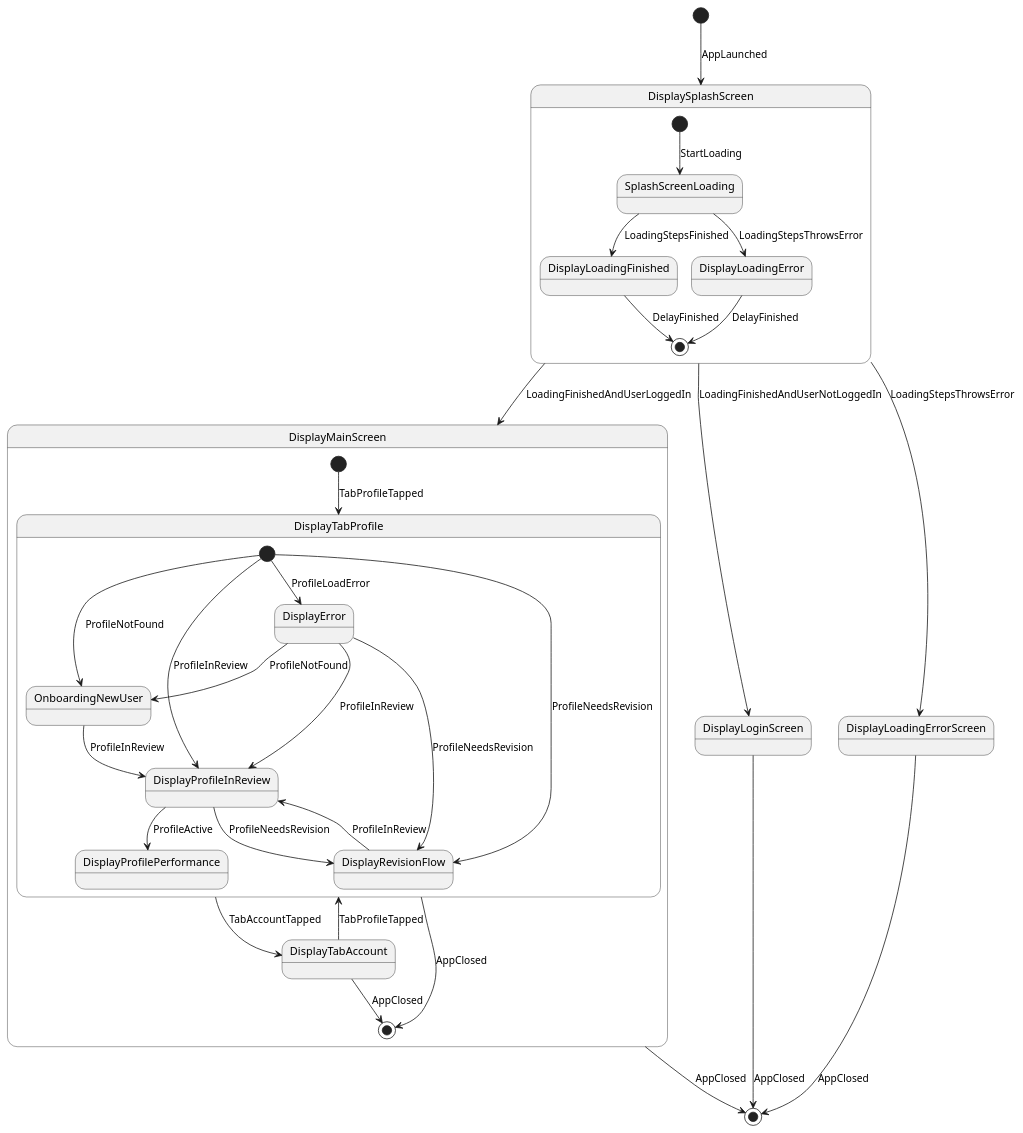
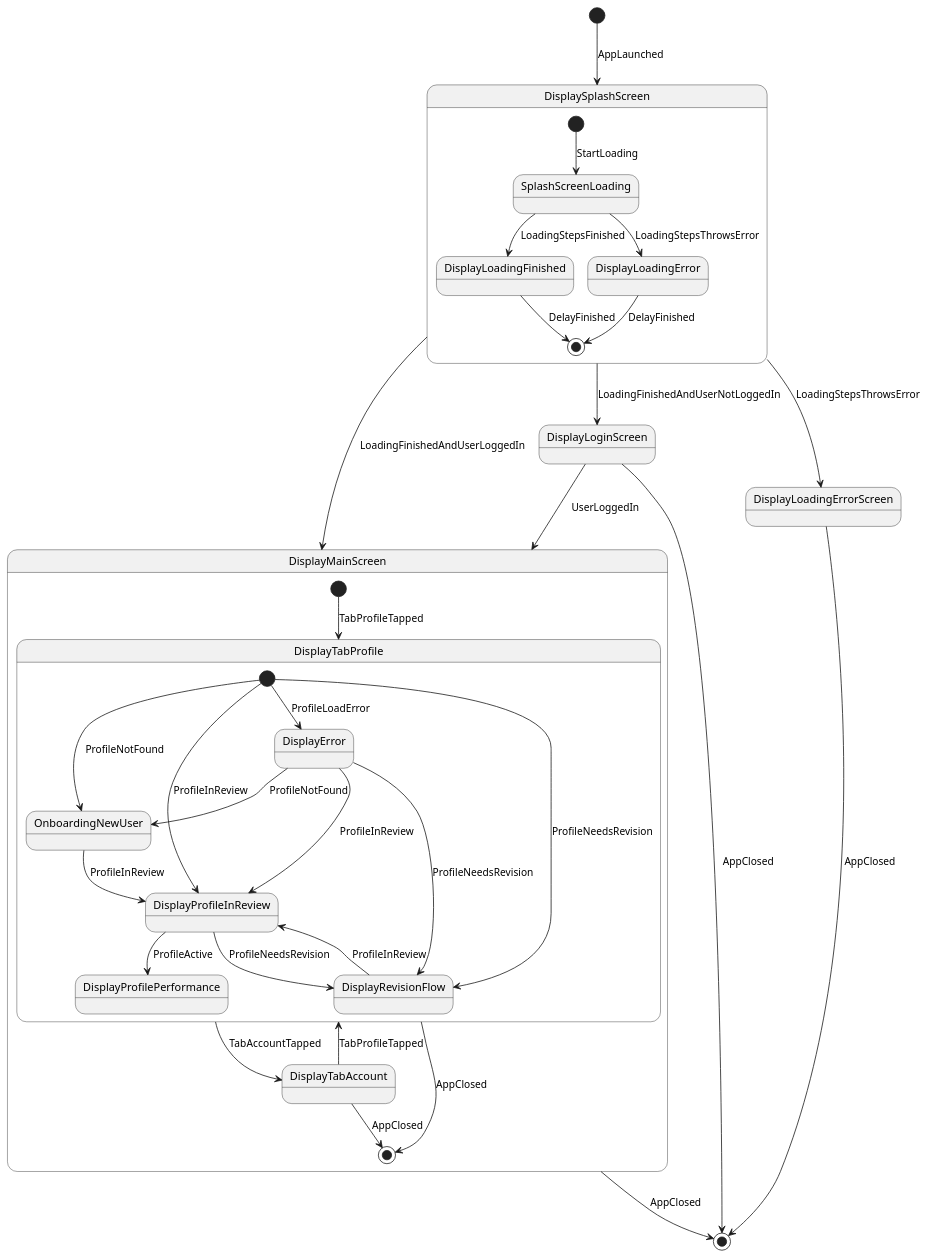
The diagram in flutter_solid/lib/features/spash_screen/app_states/app_state_machine.plantuml (irwansyahwii/flutter-solid-dependency-injection), drawn with PlantUML before and after one commit.

Commit message:
feat: add more actions in state diagram

```diff
--- a/flutter_solid/lib/features/spash_screen/app_states/app_state_machine.plantuml
+++ b/flutter_solid/lib/features/spash_screen/app_states/app_state_machine.plantuml
@@ -1,53 +1,56 @@
 @startuml
 
 [*] --> DisplaySplashScreen : AppLaunched
 
 DisplaySplashScreen --> DisplayMainScreen : LoadingFinishedAndUserLoggedIn
 DisplaySplashScreen --> DisplayLoginScreen : LoadingFinishedAndUserNotLoggedIn
 DisplaySplashScreen --> DisplayLoadingErrorScreen: LoadingStepsThrowsError
 
 DisplayMainScreen --> [*] : AppClosed
+
 DisplayLoginScreen --> [*] : AppClosed
+DisplayLoginScreen --> DisplayMainScreen : UserLoggedIn
+
 DisplayLoadingErrorScreen --> [*] : AppClosed
 
 state DisplaySplashScreen {
   [*] --> SplashScreenLoading : StartLoading
 
   SplashScreenLoading --> DisplayLoadingFinished : LoadingStepsFinished
   SplashScreenLoading --> DisplayLoadingError : LoadingStepsThrowsError
 
   DisplayLoadingFinished --> [*] : DelayFinished
   DisplayLoadingError --> [*] : DelayFinished
 }
 
 state DisplayMainScreen {
   [*] --> DisplayTabProfile : TabProfileTapped
 
   DisplayTabProfile --> DisplayTabAccount : TabAccountTapped
   DisplayTabProfile --> [*] : AppClosed
 
   DisplayTabAccount --> DisplayTabProfile : TabProfileTapped
   DisplayTabAccount --> [*] : AppClosed
 
   state DisplayTabProfile {
     [*] --> OnboardingNewUser : ProfileNotFound
 
     OnboardingNewUser --> DisplayProfileInReview : ProfileInReview
 
     [*] --> DisplayError : ProfileLoadError
     DisplayError --> OnboardingNewUser : ProfileNotFound
     DisplayError --> DisplayProfileInReview : ProfileInReview
     DisplayError --> DisplayRevisionFlow : ProfileNeedsRevision
 
     [*] --> DisplayRevisionFlow : ProfileNeedsRevision
     DisplayRevisionFlow --> DisplayProfileInReview : ProfileInReview
 
     [*] --> DisplayProfileInReview : ProfileInReview
     DisplayProfileInReview --> DisplayRevisionFlow : ProfileNeedsRevision
     DisplayProfileInReview --> DisplayProfilePerformance : ProfileActive
 
   }
 
 }
 
 @enduml
```
